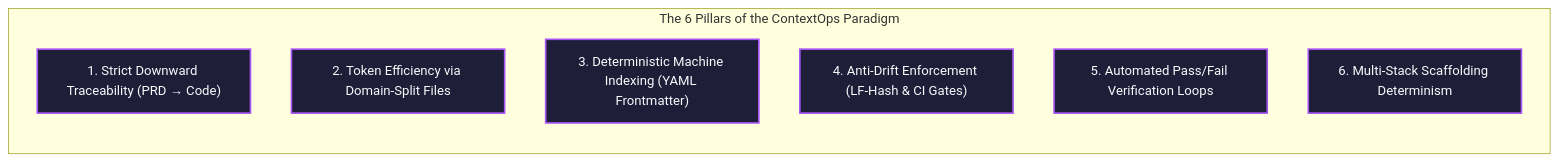
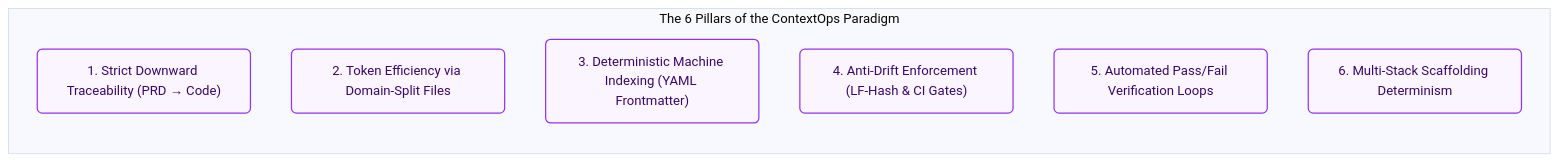
One commit to seismael/GenOps changed the second of 3 diagrams in docs/architecture/RFC-001-contextops-architecture.md. Above: the diagram before and after it, drawn with Mermaid. The commit also changed other lines of this file and 2 other files, not shown here.

Commit message:
docs: establish ContextOps architecture with RFC-001 and documentation for usage workflows and project overview.

````diff
--- a/docs/architecture/RFC-001-contextops-architecture.md
+++ b/docs/architecture/RFC-001-contextops-architecture.md
@@ -38,15 +39,16 @@
 ```mermaid
+%%{init: {'theme': 'base', 'themeVariables': { 'fontFamily': 'Inter, system-ui, sans-serif', 'lineColor': '#64748b', 'primaryTextColor': '#0f172a' }}}%%
 flowchart TB
     subgraph Pillars ["The 6 Pillars of the ContextOps Paradigm"]
         direction TB
         P1["1. Strict Downward Traceability (PRD → Code)"]
         P2["2. Token Efficiency via Domain-Split Files"]
         P3["3. Deterministic Machine Indexing (YAML Frontmatter)"]
         P4["4. Anti-Drift Enforcement (LF-Hash & CI Gates)"]
         P5["5. Automated Pass/Fail Verification Loops"]
         P6["6. Multi-Stack Scaffolding Determinism"]
     end
 
-    classDef pBox fill:#1e1e38,stroke:#a855f7,stroke-width:2px,color:#f8fafc;
+    classDef pBox fill:#faf5ff,stroke:#9333ea,stroke-width:1.5px,color:#3b0764,rx:6px,ry:6px;
     class P1,P2,P3,P4,P5,P6 pBox;
 ```
````
